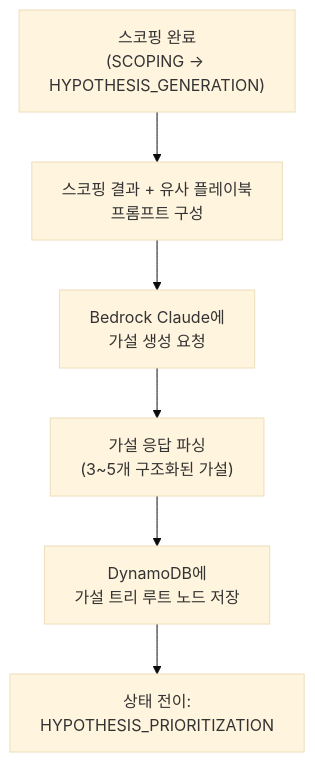
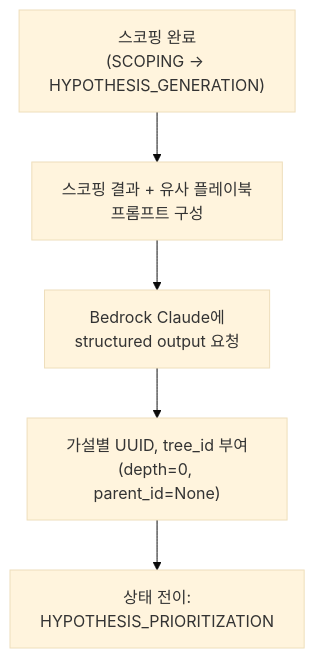
The diagram in docs/adr/agent/0002-hypothesis-generation.md (haandol/rca-agent), drawn with Mermaid (base theme) before and after one commit. The commit also changed other lines of this file and 9 other files, not shown here.

````diff
--- a/docs/adr/agent/0002-hypothesis-generation.md
+++ b/docs/adr/agent/0002-hypothesis-generation.md
@@ -30,8 +30,7 @@
 ```mermaid
 flowchart TD
     Start["스코핑 완료\n(SCOPING → HYPOTHESIS_GENERATION)"] --> Prepare["스코핑 결과 + 유사 플레이북\n프롬프트 구성"]
-    Prepare --> LLM["Bedrock Claude에\n가설 생성 요청"]
-    LLM --> Parse["가설 응답 파싱\n(3~5개 구조화된 가설)"]
-    Parse --> Store["DynamoDB에\n가설 트리 루트 노드 저장"]
-    Store --> Next["상태 전이:\nHYPOTHESIS_PRIORITIZATION"]
+    Prepare --> LLM["Bedrock Claude에\nstructured output 요청"]
+    LLM --> Assign["가설별 UUID, tree_id 부여\n(depth=0, parent_id=None)"]
+    Assign --> Next["상태 전이:\nHYPOTHESIS_PRIORITIZATION"]
 ```
````
